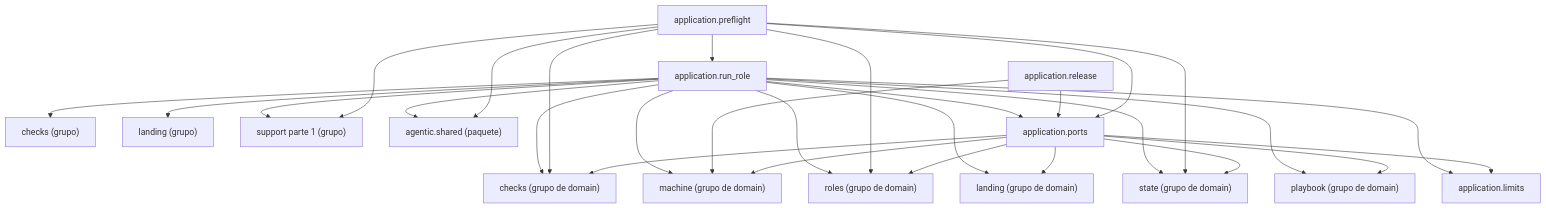
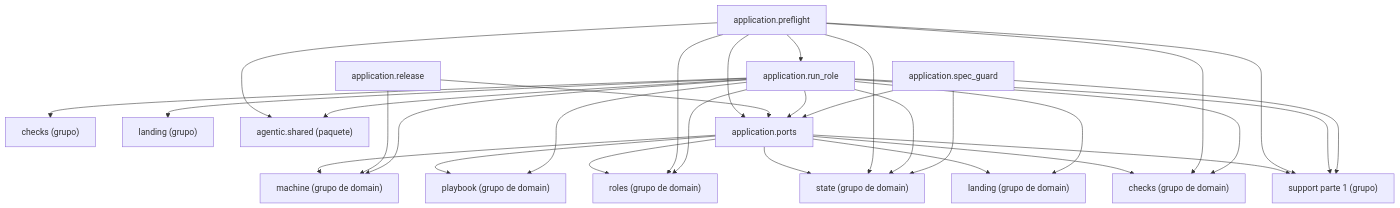
One commit to GonzaloZevallos/agentic-system changed the diagram in docs/architecture/generated/packages-process-application-support-2.md. Above: the diagram before and after it, drawn with Mermaid. The commit also changed other lines of this file and 17 other files, not shown here.

Commit message:
Move spec_guard to the support cluster so the process pages stay within their cap

````diff
--- a/docs/architecture/generated/packages-process-application-support-2.md
+++ b/docs/architecture/generated/packages-process-application-support-2.md
@@ -18,46 +17,48 @@
 ```mermaid
 graph TD
     g_application__checks["checks (grupo)"]
     g_application__landing["landing (grupo)"]
     g_application__support__1["support parte 1 (grupo)"]
     g_domain__checks["checks (grupo de domain)"]
     g_domain__landing["landing (grupo de domain)"]
     g_domain__machine["machine (grupo de domain)"]
     g_domain__playbook["playbook (grupo de domain)"]
     g_domain__roles["roles (grupo de domain)"]
     g_domain__state["state (grupo de domain)"]
     g_pkg__agentic__shared["agentic.shared (paquete)"]
-    m_application__limits["application.limits"]
     m_application__ports["application.ports"]
     m_application__preflight["application.preflight"]
     m_application__release["application.release"]
     m_application__run_role["application.run_role"]
+    m_application__spec_guard["application.spec_guard"]
+    m_application__ports --> g_application__support__1
     m_application__ports --> g_domain__checks
     m_application__ports --> g_domain__landing
     m_application__ports --> g_domain__machine
     m_application__ports --> g_domain__playbook
     m_application__ports --> g_domain__roles
     m_application__ports --> g_domain__state
-    m_application__ports --> m_application__limits
     m_application__preflight --> g_application__support__1
     m_application__preflight --> g_domain__checks
     m_application__preflight --> g_domain__roles
     m_application__preflight --> g_domain__state
     m_application__preflight --> g_pkg__agentic__shared
     m_application__preflight --> m_application__ports
     m_application__preflight --> m_application__run_role
     m_application__release --> g_domain__machine
     m_application__release --> m_application__ports
     m_application__run_role --> g_application__checks
     m_application__run_role --> g_application__landing
     m_application__run_role --> g_application__support__1
     m_application__run_role --> g_domain__checks
     m_application__run_role --> g_domain__landing
     m_application__run_role --> g_domain__machine
     m_application__run_role --> g_domain__playbook
     m_application__run_role --> g_domain__roles
     m_application__run_role --> g_domain__state
     m_application__run_role --> g_pkg__agentic__shared
-    m_application__run_role --> m_application__limits
     m_application__run_role --> m_application__ports
+    m_application__spec_guard --> g_application__support__1
+    m_application__spec_guard --> g_domain__state
+    m_application__spec_guard --> m_application__ports
 ```
````
